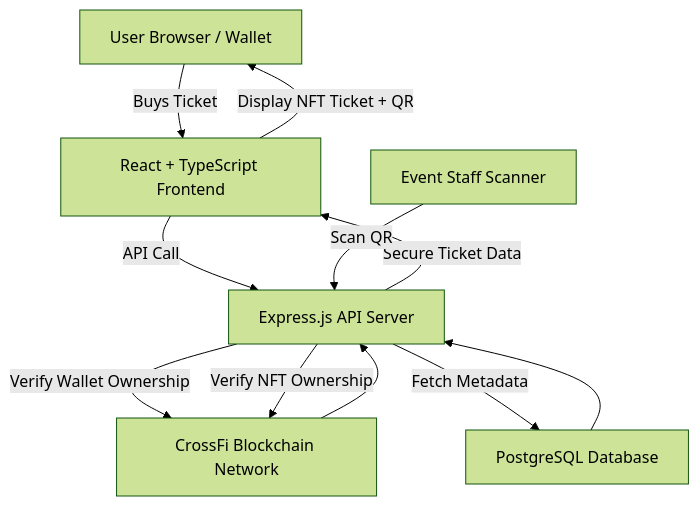
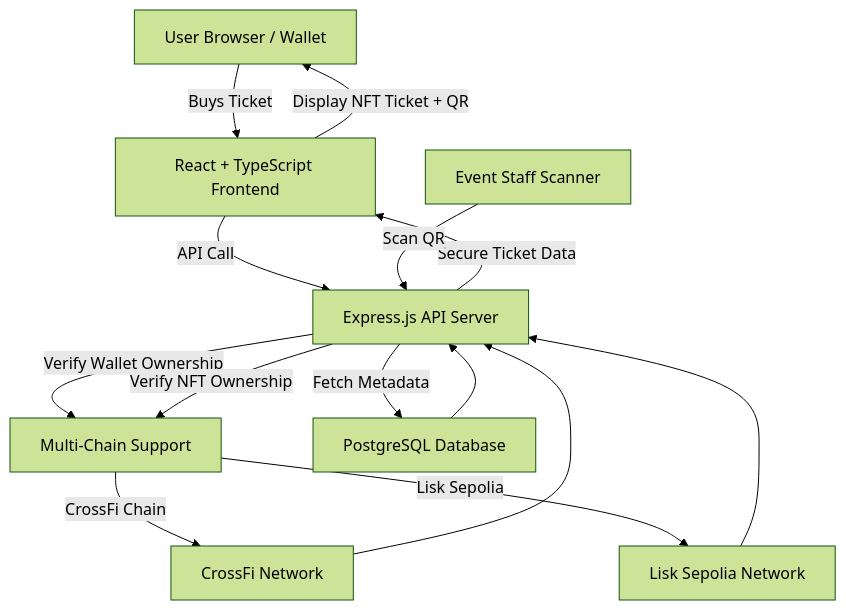
Before and after one commit to MarcusDavidG/evennts: the diagram in README.md, drawn with Mermaid (forest theme). The commit also changed other lines of this file and 8 other files, not shown here.

First line of the commit message:
feat: rename project to evennts and add Lisk Sepolia testnet support

`````diff
--- a/README.md
+++ b/README.md
@@ -55,13 +59,16 @@
 ```mermaid
 graph TD
     User[User Browser / Wallet] -->|Buys Ticket| Frontend[React + TypeScript Frontend]
     Frontend -->|API Call| Backend[Express.js API Server]
-    Backend -->|Verify Wallet Ownership| Blockchain[CrossFi Blockchain Network]
+    Backend -->|Verify Wallet Ownership| Blockchain[Multi-Chain Support]
+    Blockchain -->|CrossFi Chain| CrossFi[CrossFi Network]
+    Blockchain -->|Lisk Sepolia| Lisk[Lisk Sepolia Network]
     Backend -->|Fetch Metadata| Database[PostgreSQL Database]
-    Blockchain --> Backend
+    CrossFi --> Backend
+    Lisk --> Backend
     Database --> Backend
     Backend -->|Secure Ticket Data| Frontend
     Frontend -->|Display NFT Ticket + QR| User
     Staff[Event Staff Scanner] -->|Scan QR| Backend
     Backend -->|Verify NFT Ownership| Blockchain
-````
+```
`````
